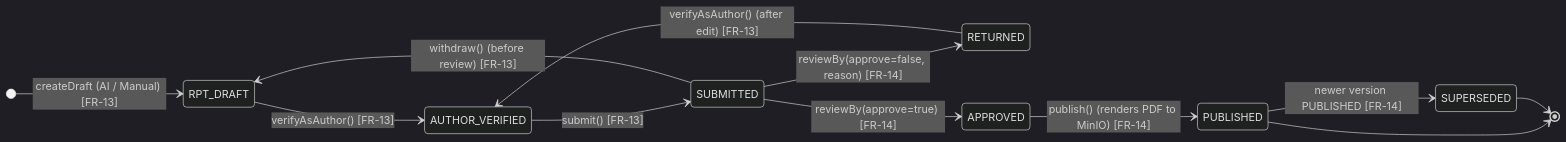
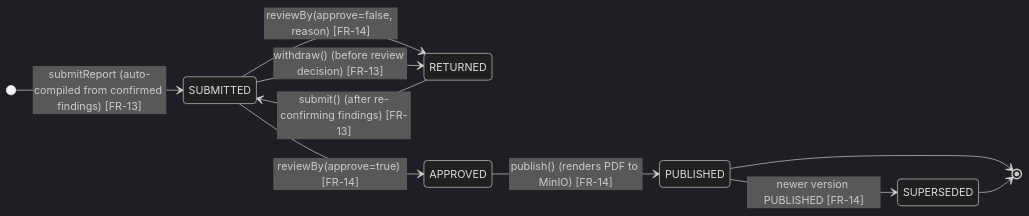
Before and after one commit to tungbach12/SmartDroneInspection-Docs: the fourth of 5 diagrams in reports/report-4-software-design-document/02-database-design.md, drawn with Mermaid (dark theme). The commit also changed other lines of this file, not shown here.

Commit message:
docs(database): streamline inspection report lifecycle and drop draft states (#80)

````diff
--- a/reports/report-4-software-design-document/02-database-design.md
+++ b/reports/report-4-software-design-document/02-database-design.md
@@ -641,16 +641,14 @@
 ```mermaid
 %% title: InspectionReport Version Lifecycle State Machine Diagram
 stateDiagram-v2
   direction LR
-  [*] --> RPT_DRAFT : createDraft (AI / Manual) [FR-13]
-  RPT_DRAFT --> AUTHOR_VERIFIED : verifyAsAuthor() [FR-13]
-  AUTHOR_VERIFIED --> SUBMITTED : submit() [FR-13]
-  SUBMITTED --> RPT_DRAFT : withdraw() (before review) [FR-13]
+  [*] --> SUBMITTED : submitReport (auto-compiled from confirmed findings) [FR-13]
   SUBMITTED --> RETURNED : reviewBy(approve=false, reason) [FR-14]
-  RETURNED --> AUTHOR_VERIFIED : verifyAsAuthor() (after edit) [FR-13]
+  SUBMITTED --> RETURNED : withdraw() (before review decision) [FR-13]
+  RETURNED --> SUBMITTED : submit() (after re-confirming findings) [FR-13]
   SUBMITTED --> APPROVED : reviewBy(approve=true) [FR-14]
   APPROVED --> PUBLISHED : publish() (renders PDF to MinIO) [FR-14]
   PUBLISHED --> SUPERSEDED : newer version PUBLISHED [FR-14]
   PUBLISHED --> [*]
   SUPERSEDED --> [*]
 ```
````
